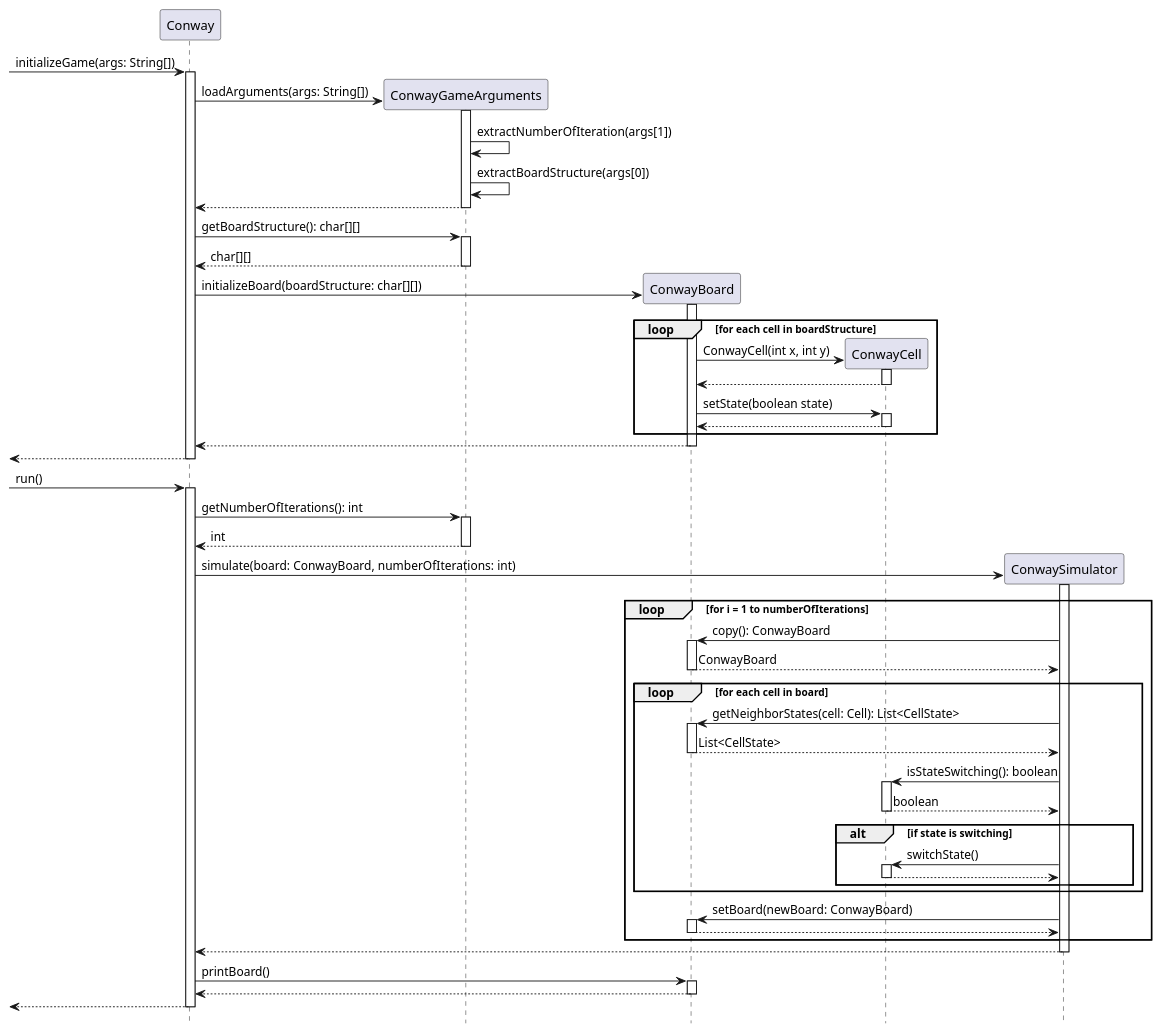
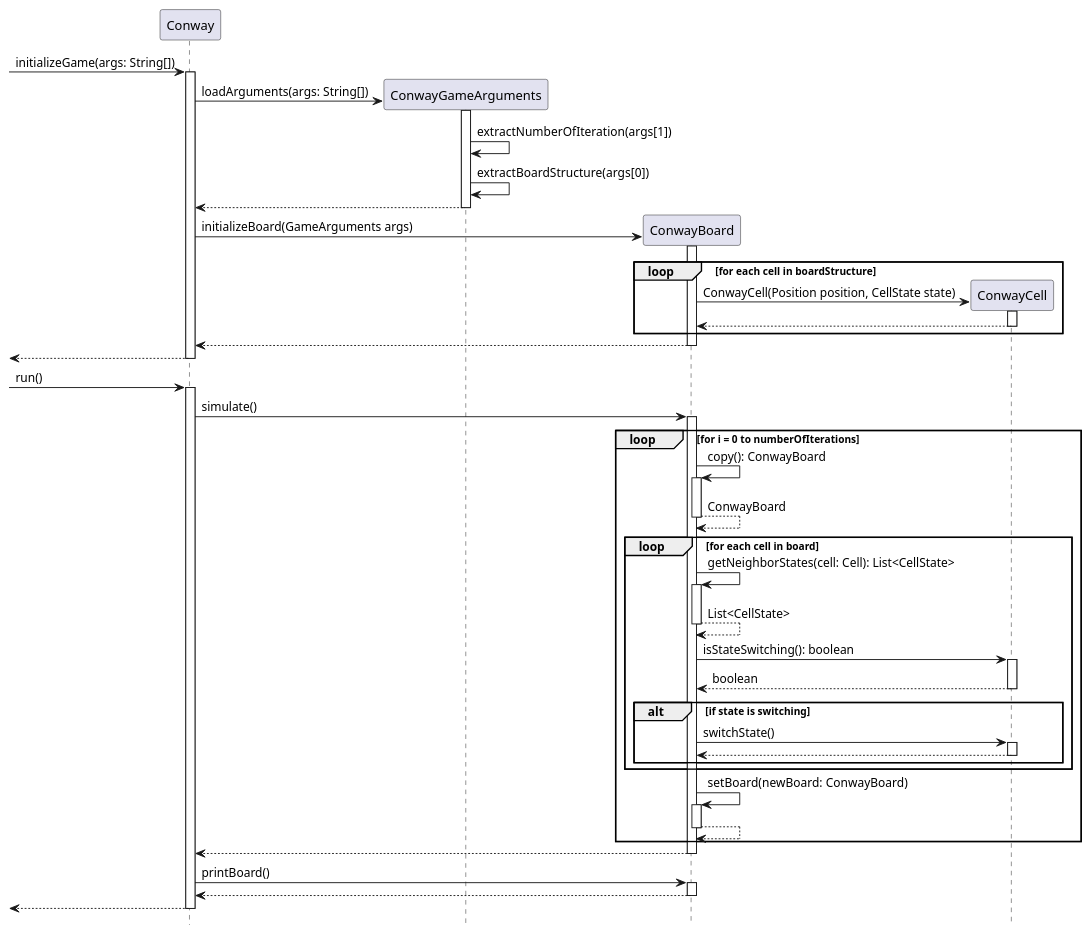
Before and after one commit to Sileye54/Conway-Game-of-Life: the diagram in _models/sequence_diagram.puml, drawn with PlantUML. The commit also changed 6 other files, not shown here.

Commit message:
Réusine le modele sans les classes Simulator et ConwaySimulator

```diff
--- a/_models/sequence_diagram.puml
+++ b/_models/sequence_diagram.puml
@@ -1,80 +1,67 @@
 @startuml
 
 hide footbox
 participant "Conway" as conway
 [-> conway: initializeGame(args: String[])
 activate conway
     create participant "ConwayGameArguments" as args
     conway -> args: loadArguments(args: String[])
     activate args
     args -> args: extractNumberOfIteration(args[1])
     args -> args: extractBoardStructure(args[0])
     args --> conway
     deactivate args
-    conway -> args: getBoardStructure(): char[][]
-    activate args
-    args --> conway: char[][]
-    deactivate args
     create participant "ConwayBoard" as board
-    conway -> board: initializeBoard(boardStructure: char[][])
+    conway -> board: initializeBoard(GameArguments args)
     activate board
     loop for each cell in boardStructure
         create participant "ConwayCell" as cell
-        board -> cell: ConwayCell(int x, int y)
-        activate cell
-        cell --> board
-        deactivate cell
-        board -> cell: setState(boolean state)
+        board -> cell: ConwayCell(Position position, CellState state)
         activate cell
         cell --> board
         deactivate cell
     end
     board --> conway:  
     deactivate board 
     [<-- conway:
     deactivate conway
     [-> conway: run()
     activate conway
-    conway -> args: getNumberOfIterations(): int
-    activate args
-    args --> conway: int
-    deactivate args
-    create participant "ConwaySimulator" as simulator
-    conway -> simulator: simulate(board: ConwayBoard, numberOfIterations: int)
-    activate simulator
-    loop for i = 1 to numberOfIterations
-        simulator -> board: copy(): ConwayBoard
+    conway -> board: simulate()
+    activate board
+    loop for i = 0 to numberOfIterations
+        board -> board: copy(): ConwayBoard
         activate board
-        board --> simulator: ConwayBoard
+        board --> board: ConwayBoard
         deactivate board
         loop for each cell in board
-            simulator -> board: getNeighborStates(cell: Cell): List<CellState>
+            board -> board: getNeighborStates(cell: Cell): List<CellState>
             activate board
-            board --> simulator: List<CellState>
+            board --> board: List<CellState>
             deactivate board
-            simulator -> cell: isStateSwitching(): boolean
-            activate cell   
-            cell --> simulator: boolean
+            board -> cell: isStateSwitching(): boolean
+            activate cell
+            cell --> board: boolean
             deactivate cell
             alt if state is switching
-                simulator -> cell: switchState()
+                board -> cell: switchState()
                 activate cell
-                cell --> simulator
+                cell --> board
                 deactivate cell
             end
         end
-        simulator -> board: setBoard(newBoard: ConwayBoard)
+        board -> board: setBoard(newBoard: ConwayBoard)
         activate board
-        board --> simulator
+        board --> board 
         deactivate board
     end
-    simulator --> conway:
-    deactivate simulator
+    board --> conway:
+    deactivate board
     conway -> board: printBoard()
     activate board
     board --> conway
     deactivate board
     [<-- conway:
 deactivate conway
 
 @enduml
```
